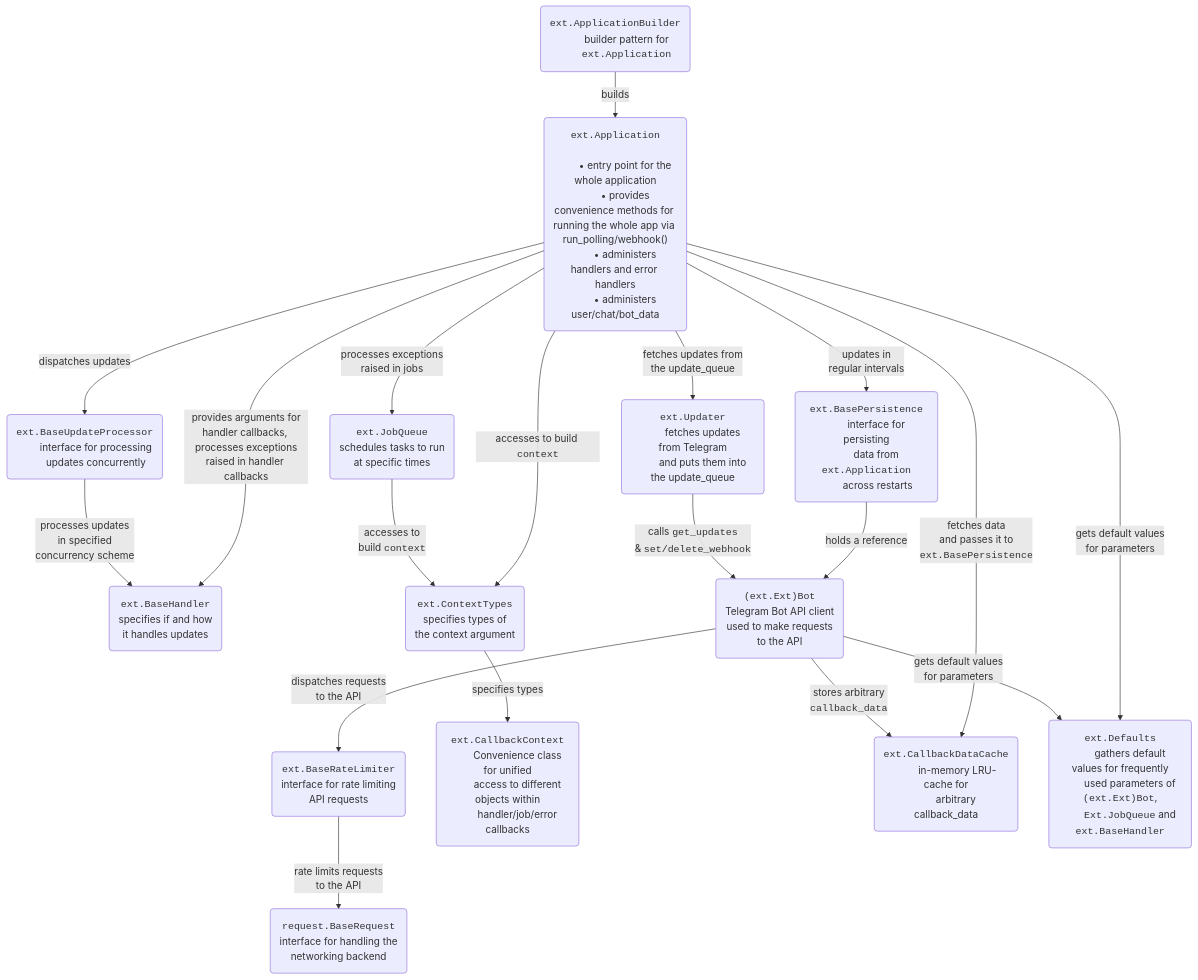
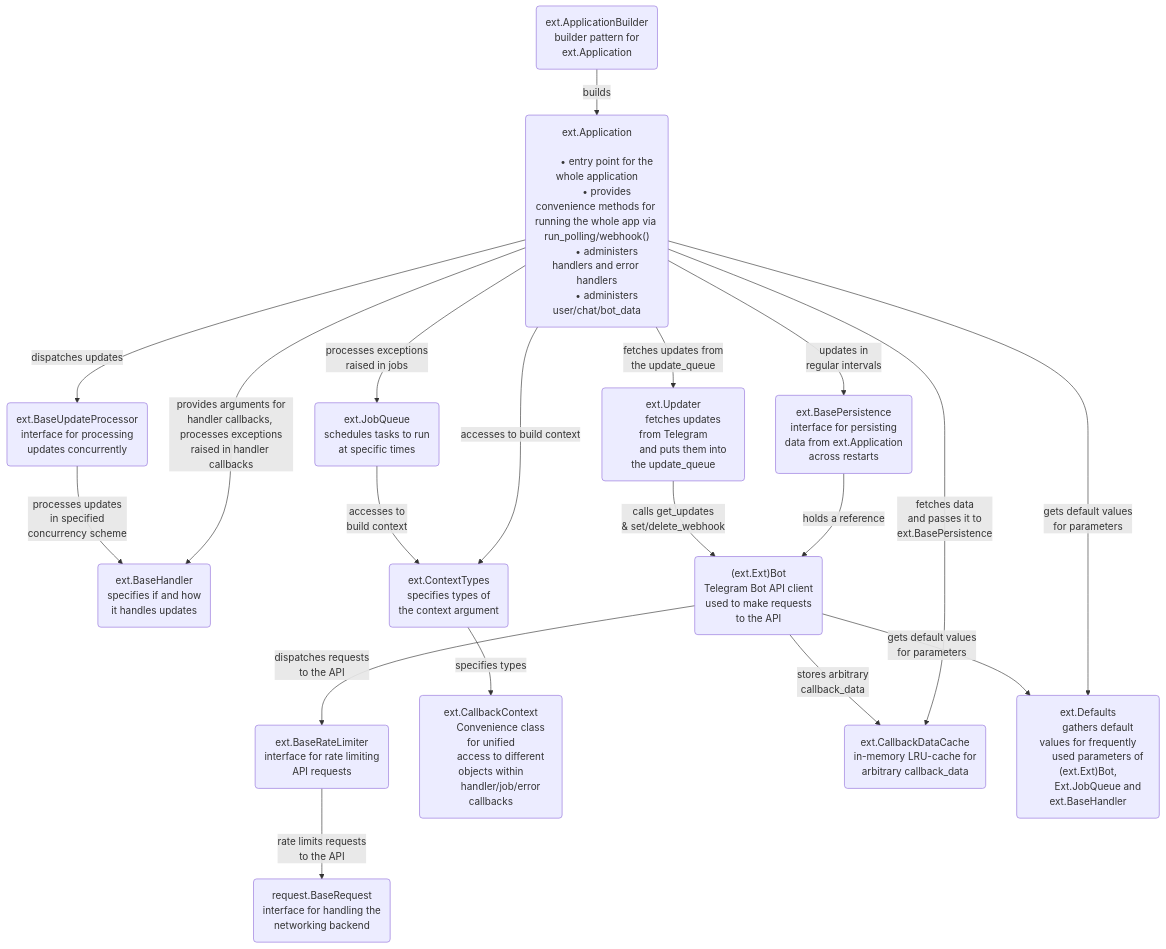
Before and after one commit to RakhithJK/python-telegram-bot-python-telegram-bot-wiki: the diagram in Architecture.md, drawn with Mermaid.

Commit message:
Remove code formatting in Architecture diagram due to https://github.com/orgs/community/discussions/46096 & https://github.com/orgs/community/discussions/106690

````diff
--- a/Architecture.md
+++ b/Architecture.md
@@ -7,12 +7,12 @@
 ```mermaid
 flowchart TD;
     AppBuilder("
-        <code>ext.ApplicationBuilder</code>
+        ext.ApplicationBuilder
         builder pattern for
-        <code>ext.Application</code>
+        ext.Application
     ");
     App("
-        <code>ext.Application</code>
+        ext.Application
         
         • entry point for the whole application</li>
         • provides convenience methods for running the whole app via run_polling/webhook()</li>
@@ -20,75 +20,75 @@
         • administers user/chat/bot_data</li>
     ");
     BaseHandler("
-        <code>ext.BaseHandler</code>
+        ext.BaseHandler
         specifies if and how
         it handles updates
     ");
     BaseRateLimiter("
-        <code>ext.BaseRateLimiter</code>
+        ext.BaseRateLimiter
         interface for rate limiting
         API requests
     ");
     BaseRequest("
-        <code>request.BaseRequest</code>
+        request.BaseRequest
         interface for handling the
         networking backend
     ");
     BasePersistence("
-        <code>ext.BasePersistence</code>
+        ext.BasePersistence
         interface for persisting
-        data from <code>ext.Application</code>
+        data from ext.Application
         across restarts
     ");
     BaseUpdateProcessor("
-        <code>ext.BaseUpdateProcessor</code>
+        ext.BaseUpdateProcessor
         interface for processing
         updates concurrently
     ");
     Bot("
-        <code>(ext.Ext)Bot</code>
+        (ext.Ext)Bot
         Telegram Bot API client
         used to make requests
         to the API
     ");
     CallbackContext("
-        <code>ext.CallbackContext</code>
+        ext.CallbackContext
         Convenience class for unified
         access to different objects within
         handler/job/error callbacks
     ");
     CallbackDataCache("
-        <code>ext.CallbackDataCache</code>
+        ext.CallbackDataCache
         in-memory LRU-cache for
         arbitrary callback_data
     ");
     ContextTypes("
-        <code>ext.ContextTypes</code>
+        ext.ContextTypes
         specifies types of
         the context argument
     ");
     Defaults("
-        <code>ext.Defaults</code>
+        ext.Defaults
         gathers default values for frequently
-        used parameters of <code>(ext.Ext)Bot</code>,
-        <code>Ext.JobQueue</code> and <code>ext.BaseHandler</code>
+        used parameters of (ext.Ext)Bot,
+        Ext.JobQueue and ext.BaseHandler
     ");
     JobQueue("
-        <code>ext.JobQueue</code>
+        ext.JobQueue
         schedules tasks to run
         at specific times
     ");
     Updater("
-        <code>ext.Updater</code>
+        ext.Updater
         fetches updates from Telegram
         and puts them into the update_queue
     ");
     
     AppBuilder -- builds --> App;
-    App -- accesses to build <code>context</code> --> ContextTypes;
+    App -- accesses to build context --> ContextTypes;
     App -- "provides arguments for<br>handler callbacks, processes exceptions<br>raised in handler callbacks" --> BaseHandler;
     App -- processes exceptions<br>raised in jobs --> JobQueue;
-    App -- fetches data<br>and passes it to<br><code>ext.BasePersistence</code> --> CallbackDataCache;
+    App -- fetches data<br>and passes it to<br>ext.BasePersistence --> CallbackDataCache;
     App -- fetches updates from<br>the update_queue --> Updater;
     App -- updates in<br>regular intervals --> BasePersistence;
     App -- gets default values<br>for parameters --> Defaults;
@@ -99,8 +99,8 @@
     BaseRateLimiter -- rate limits requests<br>to the API --> BaseRequest;
     Bot -- dispatches requests<br>to the API --> BaseRateLimiter;
     Bot -- gets default values<br>for parameters --> Defaults;
-    Bot -- stores arbitrary<br><code>callback_data</code> --> CallbackDataCache;
-    JobQueue -- accesses to<br>build <code>context</code> --> ContextTypes;
-    Updater -- calls <code>get_updates</code><br>& <code>set/delete_webhook</code> --> Bot;
+    Bot -- stores arbitrary<br>callback_data --> CallbackDataCache;
+    JobQueue -- accesses to<br>build context --> ContextTypes;
+    Updater -- calls get_updates<br>& set/delete_webhook --> Bot;
     
 ```
````
